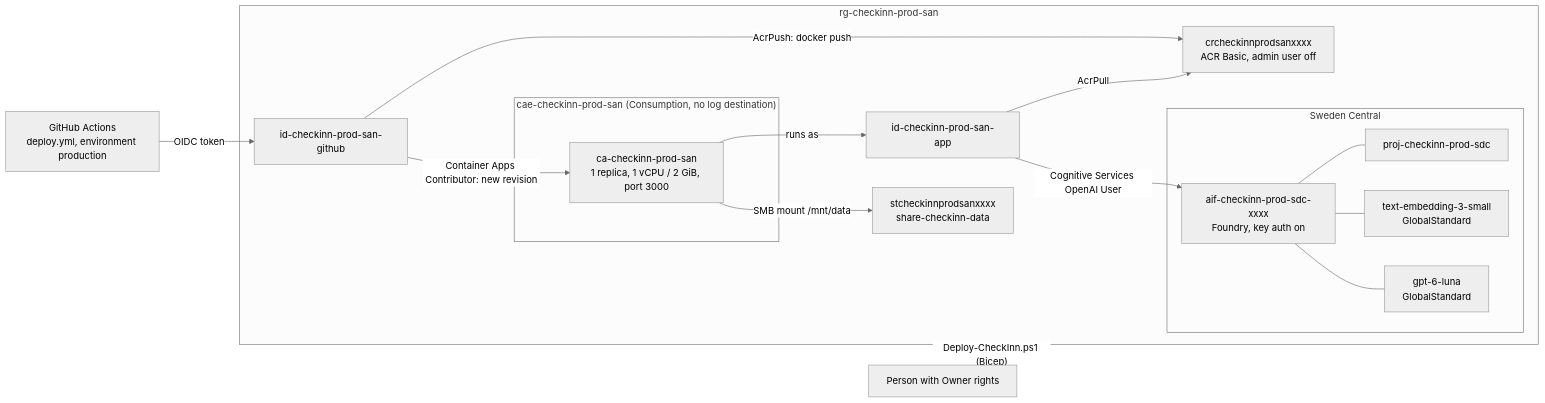
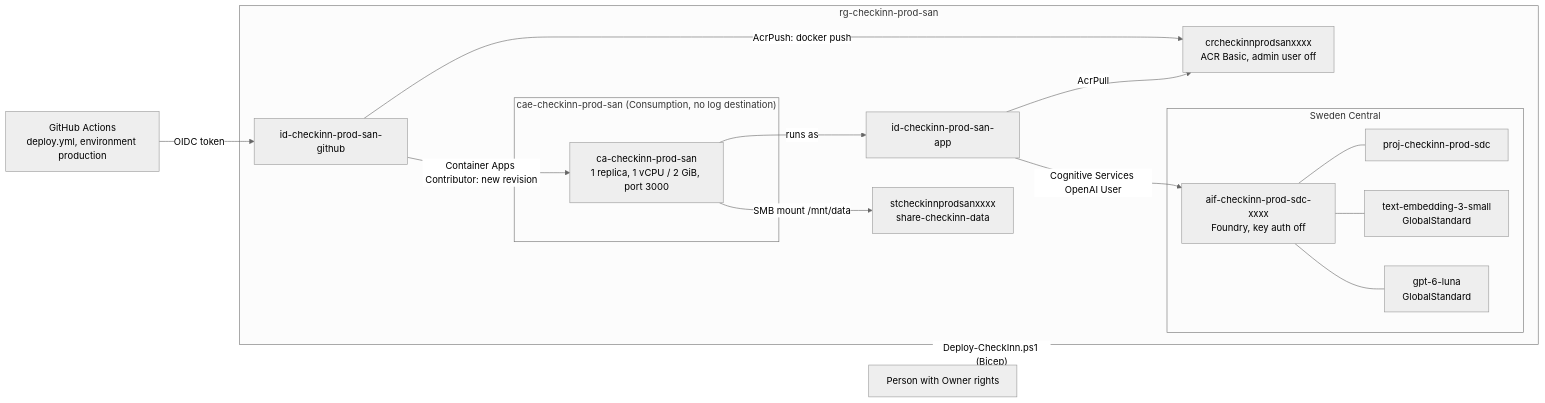
Before and after one commit to Dynamic-Visual-Technologies-PTY-LTD/checkinn: the diagram in infra/README.md, drawn with Mermaid (neutral theme). The commit also changed other lines of this file and 1 other file, not shown here.

First line of the commit message:
fix(infra): keep Foundry key auth off to match prod

````diff
--- a/infra/README.md
+++ b/infra/README.md
@@ -9,29 +9,29 @@
 ```mermaid
 flowchart LR
   dev["Person with Owner rights"] -- "Deploy-CheckInn.ps1 (Bicep)" --> rg
   subgraph rg["rg-checkinn-prod-san"]
     subgraph cae["cae-checkinn-prod-san (Consumption, no log destination)"]
       ca["ca-checkinn-prod-san<br/>1 replica, 1 vCPU / 2 GiB, port 3000"]
     end
     cr["crcheckinnprodsanxxxx<br/>ACR Basic, admin user off"]
     st["stcheckinnprodsanxxxx<br/>share-checkinn-data"]
     idapp["id-checkinn-prod-san-app"]
     idgh["id-checkinn-prod-san-github"]
     subgraph sdc["Sweden Central"]
-      aif["aif-checkinn-prod-sdc-xxxx<br/>Foundry, key auth on"]
+      aif["aif-checkinn-prod-sdc-xxxx<br/>Foundry, key auth off"]
       proj["proj-checkinn-prod-sdc"]
       emb["text-embedding-3-small<br/>GlobalStandard"]
       chat["gpt-6-luna<br/>GlobalStandard"]
       aif --- proj
       aif --- emb
       aif --- chat
     end
   end
   ca -- "runs as" --> idapp
   idapp -- "AcrPull" --> cr
   idapp -- "Cognitive Services OpenAI User" --> aif
   ca -- "SMB mount /mnt/data" --> st
   gh["GitHub Actions<br/>deploy.yml, environment production"] -- "OIDC token" --> idgh
   idgh -- "AcrPush: docker push" --> cr
   idgh -- "Container Apps Contributor: new revision" --> ca
 ```
````
